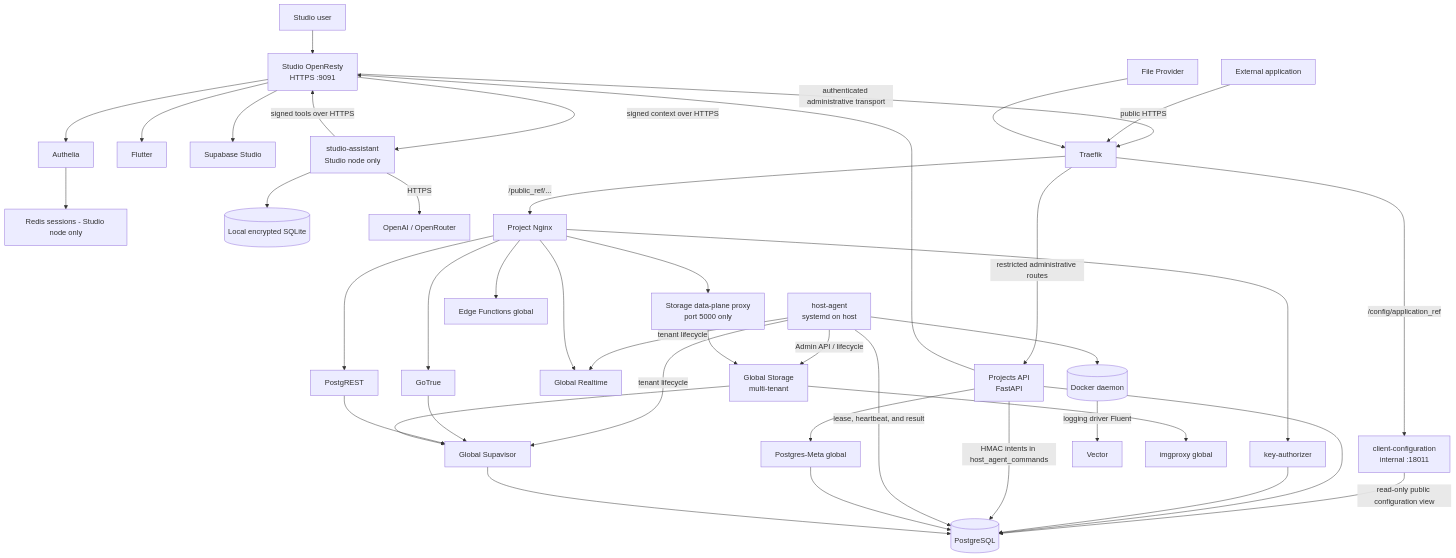
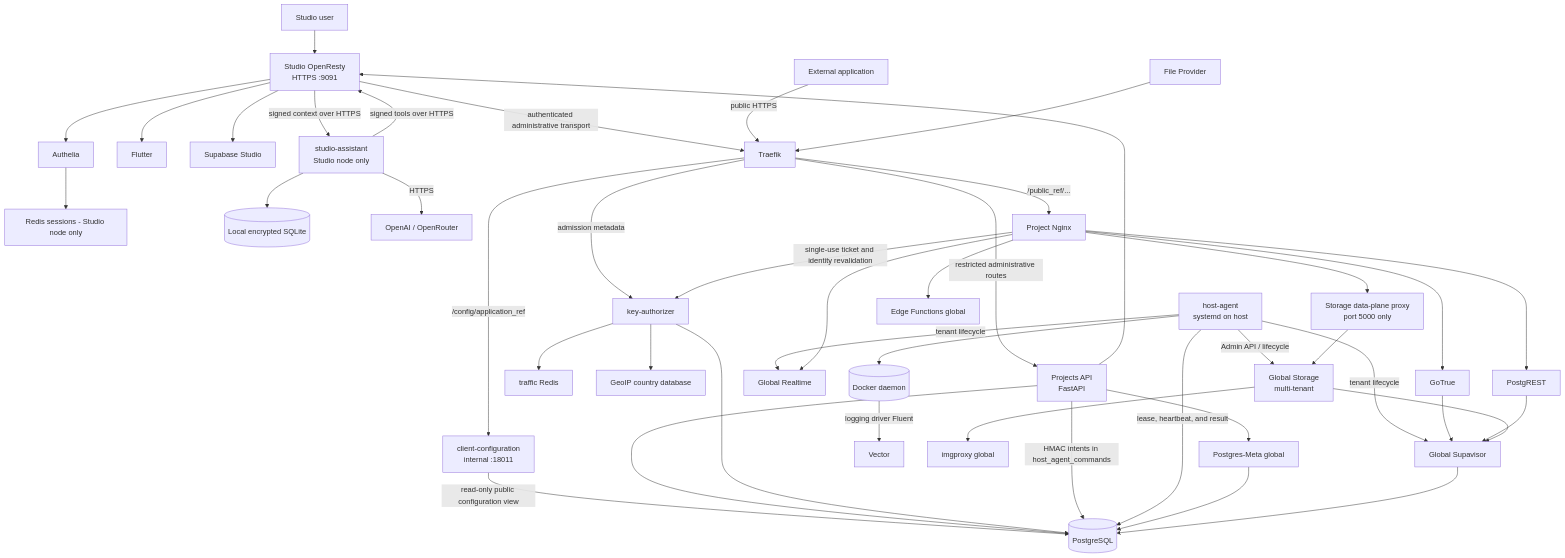
The diagram in docs/00-architecture.md (GustavoMartins123/supabase-multitenant), drawn with Mermaid before and after one commit. The commit also changed other lines of this file and 158 other files, not shown here.

````diff
--- a/docs/00-architecture.md
+++ b/docs/00-architecture.md
@@ -15,51 +15,54 @@
 ```mermaid
 flowchart TB
     StudioUser[Studio user] --> StudioGateway[Studio OpenResty\nHTTPS :9091]
     StudioGateway --> Authelia[Authelia]
     Authelia --> Sessions[Redis sessions - Studio node only]
     StudioGateway --> Selector[Flutter]
     StudioGateway --> Studio[Supabase Studio]
     StudioGateway -->|signed context over HTTPS| Assistant[studio-assistant\nStudio node only]
     Assistant --> AssistantStore[(Local encrypted SQLite)]
     Assistant -->|HTTPS| AIProvider[OpenAI / OpenRouter]
     Assistant -->|signed tools over HTTPS| StudioGateway
 
     StudioGateway -->|authenticated administrative transport| Traefik[Traefik]
     ExternalApp[External application] -->|public HTTPS| Traefik
     Traefik -->|restricted administrative routes| ProjectsAPI[Projects API\nFastAPI]
     Traefik -->|/config/application_ref| ClientConfiguration[client-configuration\ninternal :18011]
     ClientConfiguration -->|read-only public configuration view| PostgreSQL
     Traefik -->|/public_ref/...| ProjectNginx[Project Nginx]
 
     ProjectsAPI --> PostgreSQL[(PostgreSQL)]
-    ProjectNginx --> KeyAuthorizer[key-authorizer]
+    Traefik -->|admission metadata| KeyAuthorizer[key-authorizer]
+    ProjectNginx -->|single-use ticket and identity revalidation| KeyAuthorizer
     KeyAuthorizer --> PostgreSQL
+    KeyAuthorizer --> TrafficRedis[traffic Redis]
+    KeyAuthorizer --> GeoIP[GeoIP country database]
 
     ProjectsAPI -->|HMAC intents in host_agent_commands| PostgreSQL
     HostAgent[host-agent\nsystemd on host] -->|lease, heartbeat, and result| PostgreSQL
     HostAgent --> Docker[(Docker daemon)]
 
     HostAgent -->|tenant lifecycle| Realtime[Global Realtime]
     HostAgent -->|tenant lifecycle| Supavisor[Global Supavisor]
     HostAgent -->|Admin API / lifecycle| Storage[Global Storage\nmulti-tenant]
 
     ProjectsAPI --> PostgresMeta[Postgres-Meta global]
     ProjectsAPI --> StudioGateway
     PostgresMeta --> PostgreSQL
 
     DynamicConfig[File Provider] --> Traefik
     Docker -->|logging driver Fluent| Vector[Vector]
 
     ProjectNginx --> Auth[GoTrue]
     ProjectNginx --> Rest[PostgREST]
     ProjectNginx --> StorageDataPlane[Storage data-plane proxy\nport 5000 only]
     StorageDataPlane --> Storage
     Storage --> ImgProxy[imgproxy global]
     ProjectNginx --> Functions[Edge Functions global]
     ProjectNginx --> Realtime
 
     Auth --> Supavisor
     Rest --> Supavisor
     Storage --> Supavisor
     Supavisor --> PostgreSQL
 ```
````
